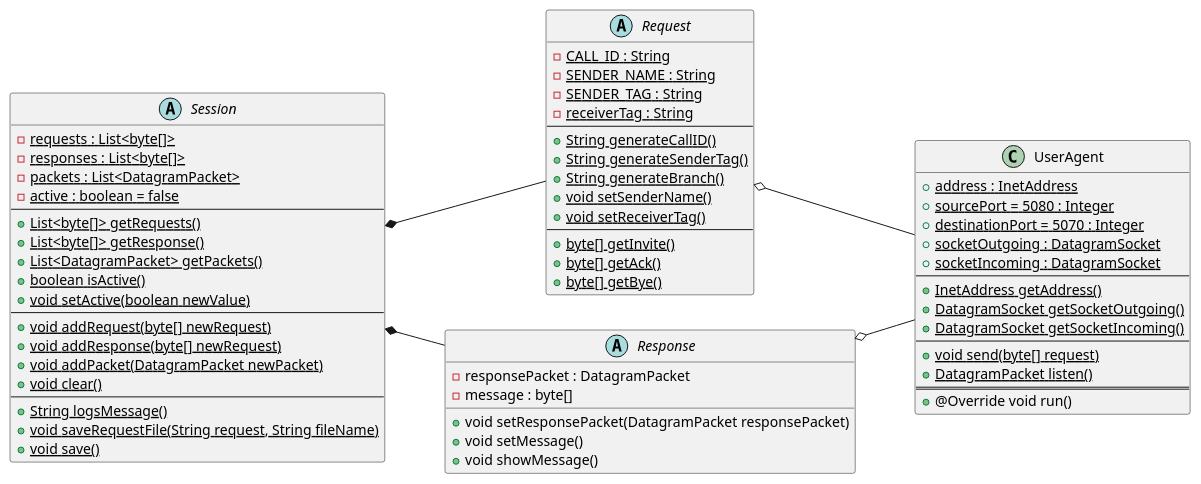
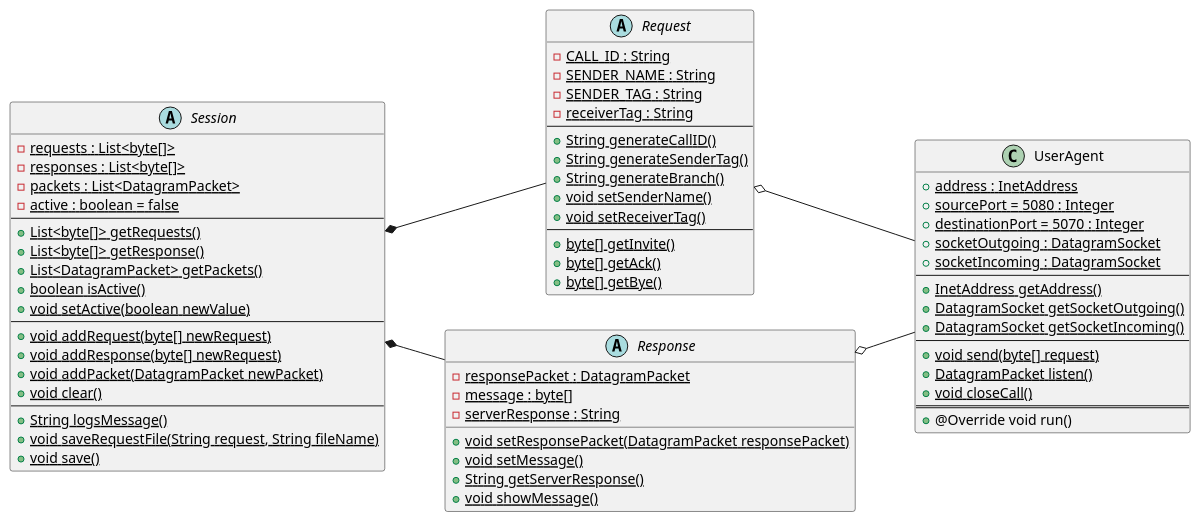
The diagram in Documentation/UML Diagrams/Class Diagram/SIP Class Diagram.puml (danielepelleg/VoIP), drawn with PlantUML before and after one commit. The commit also changed 5 other files, not shown here.

Commit message:
Update Class Diagrams :100:

```diff
--- a/Documentation/UML Diagrams/Class Diagram/SIP Class Diagram.puml
+++ b/Documentation/UML Diagrams/Class Diagram/SIP Class Diagram.puml
@@ -1,72 +1,75 @@
 @startuml
 left to right direction
 abstract class Request {
     - {static} CALL_ID : String
     - {static} SENDER_NAME : String
     - {static} SENDER_TAG : String
     - {static} receiverTag : String
     --
     + {static} String generateCallID()
     + {static} String generateSenderTag()
     + {static} String generateBranch()
     + {static} void setSenderName()
     + {static} void setReceiverTag()
     --
     + {static} byte[] getInvite()
     + {static} byte[] getAck()
     + {static} byte[] getBye()
 }
 
 abstract class Response {
-    - responsePacket : DatagramPacket
-    - message : byte[]
-    + void setResponsePacket(DatagramPacket responsePacket)
-    + void setMessage()
-    + void showMessage()
+    - {static} responsePacket : DatagramPacket
+    - {static} message : byte[]
+    - {static} serverResponse : String
+    + {static} void setResponsePacket(DatagramPacket responsePacket)
+    + {static} void setMessage()
+    + {static} String getServerResponse()
+    + {static} void showMessage()
 }
 
 class UserAgent{
     + {static} address : InetAddress
     + {static} sourcePort = 5080 : Integer
     + {static} destinationPort = 5070 : Integer
     + {static} socketOutgoing : DatagramSocket
     + {static} socketIncoming : DatagramSocket
     --
     + {static} InetAddress getAddress()
     + {static} DatagramSocket getSocketOutgoing()
     + {static} DatagramSocket getSocketIncoming()
     --
     + {static} void send(byte[] request)
     + {static} DatagramPacket listen()
+    + {static} void closeCall()
     ==
     + @Override void run()
 }
 
 abstract class Session{
     - {static} requests : List<byte[]>
     - {static} responses : List<byte[]>
     - {static} packets : List<DatagramPacket>
     - {static} active : boolean = false
     --
     + {static} List<byte[]> getRequests()
     + {static} List<byte[]> getResponse()
     + {static} List<DatagramPacket> getPackets()
     + {static} boolean isActive()
     + {static} void setActive(boolean newValue)
     --
     + {static} void addRequest(byte[] newRequest)
     + {static} void addResponse(byte[] newRequest)
     + {static} void addPacket(DatagramPacket newPacket)
     + {static} void clear()
     --
     + {static} String logsMessage()
     + {static} void saveRequestFile(String request, String fileName)
     + {static} void save()
 }
 
 Session *-- Request
 Session *-- Response
 Request o-- UserAgent
 Response o-- UserAgent
 
 @enduml
```
